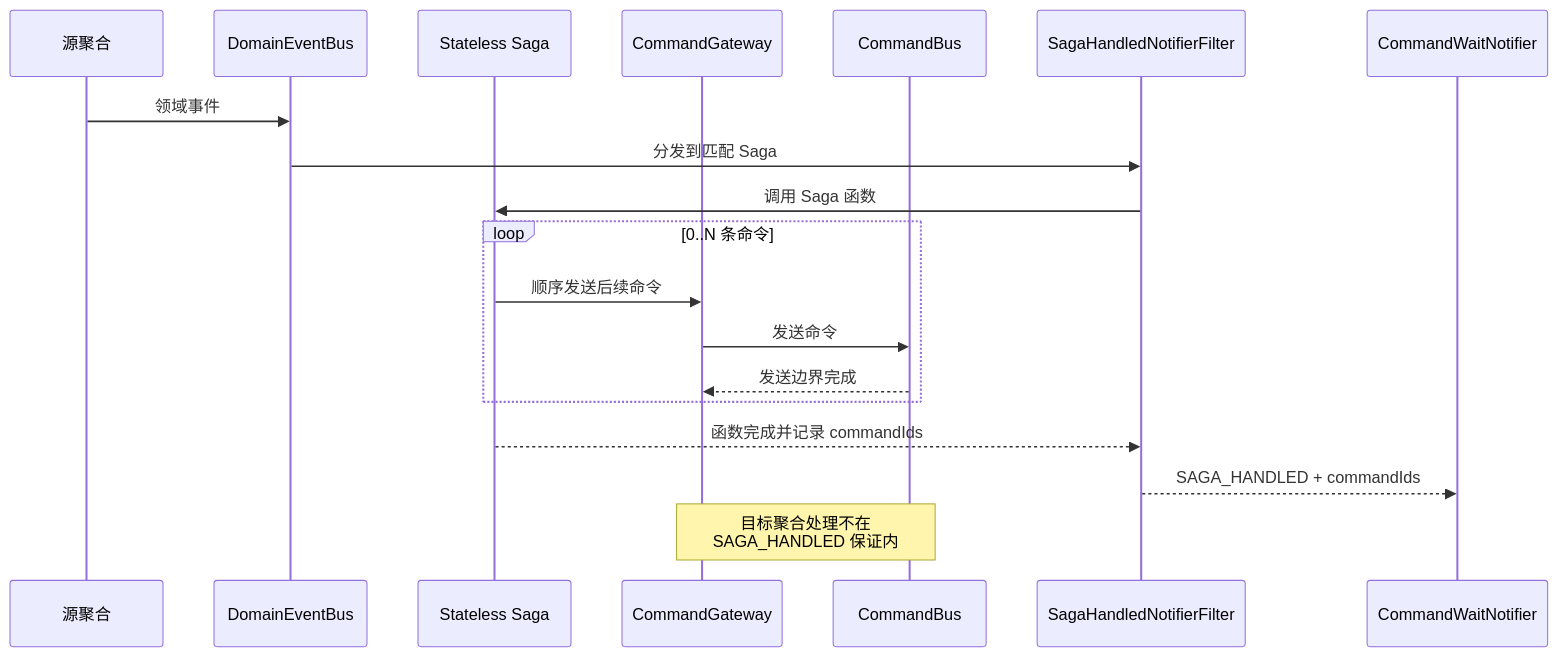
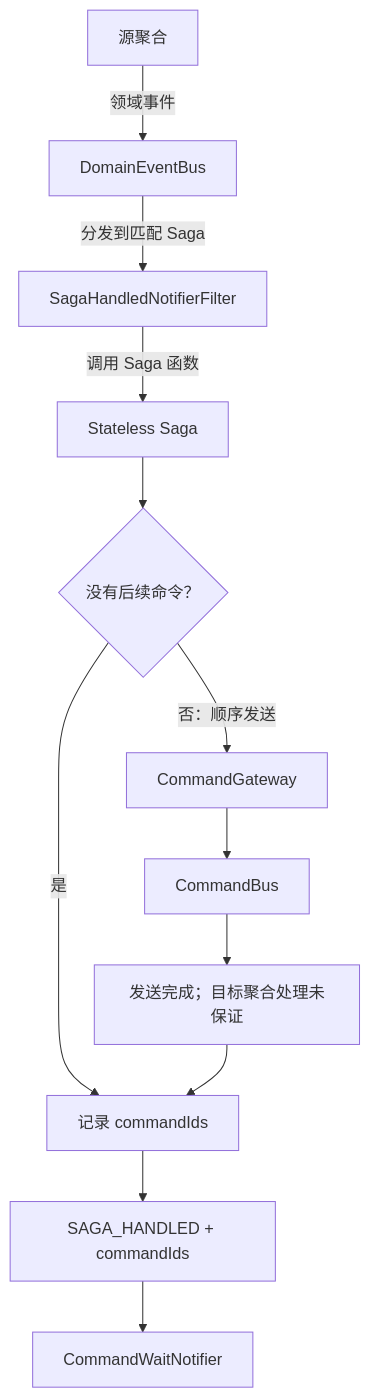
One commit to Ahoo-Wang/Wow changed the diagram in documentation/docs/zh/guide/event/saga.md. Above: the diagram before and after it, drawn with Mermaid. The commit also changed 19 other files, not shown here.

Commit message:
docs: improve Mermaid diagram readability

````diff
--- a/documentation/docs/zh/guide/event/saga.md
+++ b/documentation/docs/zh/guide/event/saga.md
@@ -13,21 +13,14 @@
 ```mermaid
-sequenceDiagram
-    participant Source as 源聚合
-    participant EventBus as DomainEventBus
-    participant Saga as Stateless Saga
-    participant Gateway as CommandGateway
-    participant CommandBus as CommandBus
-    participant Notifier as SagaHandledNotifierFilter
-    participant WaitNotifier as CommandWaitNotifier
-    Source->>EventBus: 领域事件
-    EventBus->>Notifier: 分发到匹配 Saga
-    Notifier->>Saga: 调用 Saga 函数
-    loop 0..N 条命令
-        Saga->>Gateway: 顺序发送后续命令
-        Gateway->>CommandBus: 发送命令
-        CommandBus-->>Gateway: 发送边界完成
-    end
-    Saga-->>Notifier: 函数完成并记录 commandIds
-    Notifier-->>WaitNotifier: SAGA_HANDLED + commandIds
-    Note over Gateway,CommandBus: 目标聚合处理不在<br/>SAGA_HANDLED 保证内
+flowchart TB
+    Source["源聚合"] -->|领域事件| EventBus["DomainEventBus"]
+    EventBus -->|分发到匹配 Saga| Notifier["SagaHandledNotifierFilter"]
+    Notifier -->|调用 Saga 函数| Saga["Stateless Saga"]
+    Saga --> Commands{"没有后续命令？"}
+    Commands -->|是| Done["记录 commandIds"]
+    Commands -->|否：顺序发送| Gateway["CommandGateway"]
+    Gateway --> CommandBus["CommandBus"]
+    CommandBus --> Sent["发送完成；目标聚合处理未保证"]
+    Sent --> Done
+    Done --> Signal["SAGA_HANDLED + commandIds"]
+    Signal --> WaitNotifier["CommandWaitNotifier"]
 ```
````
